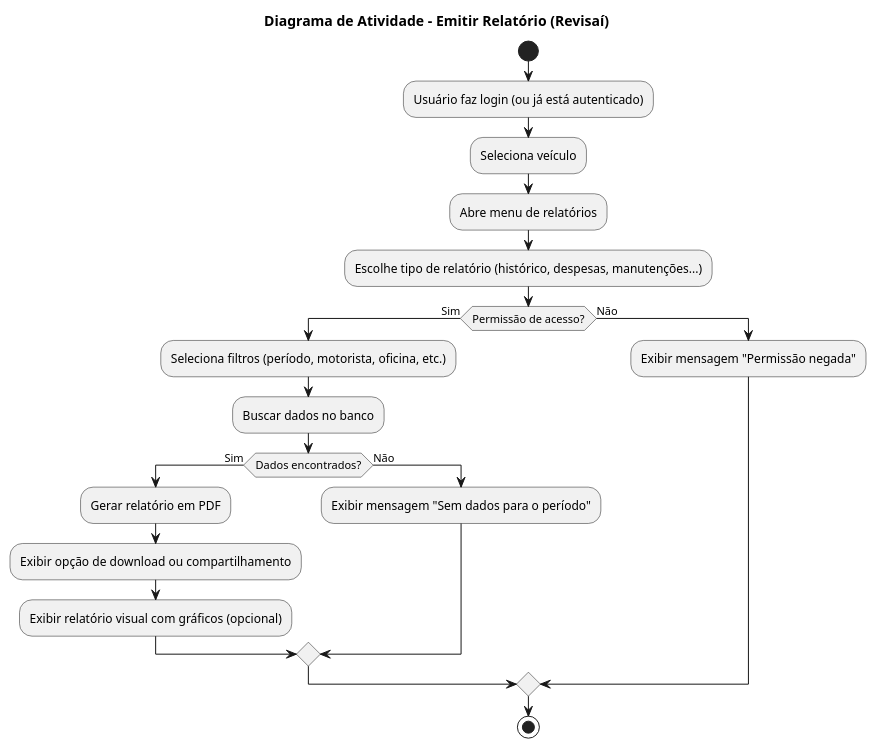
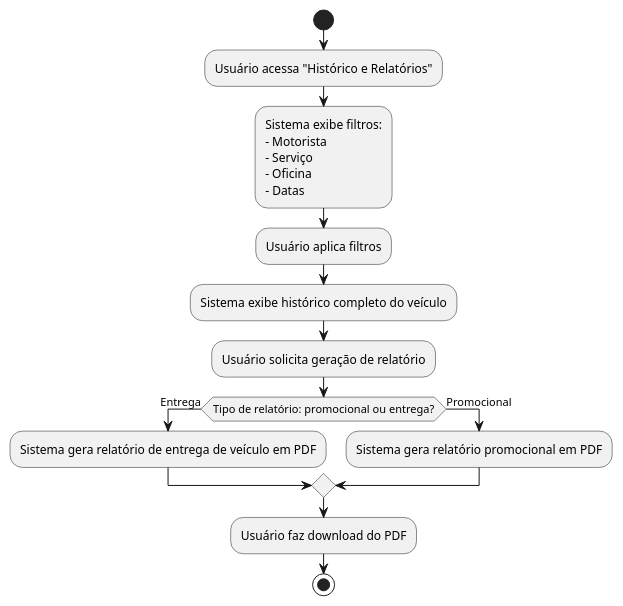
The diagram in modelos/UC_Emitir_Relatório.md (adsifs/2025.1_AOO_AV), drawn with PlantUML before and after one commit. The commit also changed other lines of this file, not shown here.

````diff
--- a/modelos/UC_Emitir_Relatório.md
+++ b/modelos/UC_Emitir_Relatório.md
@@ -3,29 +10,29 @@
 ```puml
 @startuml
 start
-title Diagrama de Atividade - Emitir Relatório (Revisaí)
 
-:Usuário faz login (ou já está autenticado);
-:Seleciona veículo;
-:Abre menu de relatórios;
-:Escolhe tipo de relatório (histórico, despesas, manutenções...);
+:Usuário acessa "Histórico e Relatórios";
 
-if (Permissão de acesso?) then (Sim)
-  :Seleciona filtros (período, motorista, oficina, etc.);
-  :Buscar dados no banco;
+:Sistema exibe filtros:
+- Motorista
+- Serviço
+- Oficina
+- Datas;
 
-  if (Dados encontrados?) then (Sim)
-    :Gerar relatório em PDF;
-    :Exibir opção de download ou compartilhamento;
-    :Exibir relatório visual com gráficos (opcional);
-  else (Não)
-    :Exibir mensagem "Sem dados para o período";
-  endif
+:Usuário aplica filtros;
 
-else (Não)
-  :Exibir mensagem "Permissão negada";
+:Sistema exibe histórico completo do veículo;
+
+:Usuário solicita geração de relatório;
+
+if (Tipo de relatório: promocional ou entrega?) then (Entrega)
+  :Sistema gera relatório de entrega de veículo em PDF;
+else (Promocional)
+  :Sistema gera relatório promocional em PDF;
 endif
+
+:Usuário faz download do PDF;
 
 stop
 @enduml
 ```
````
